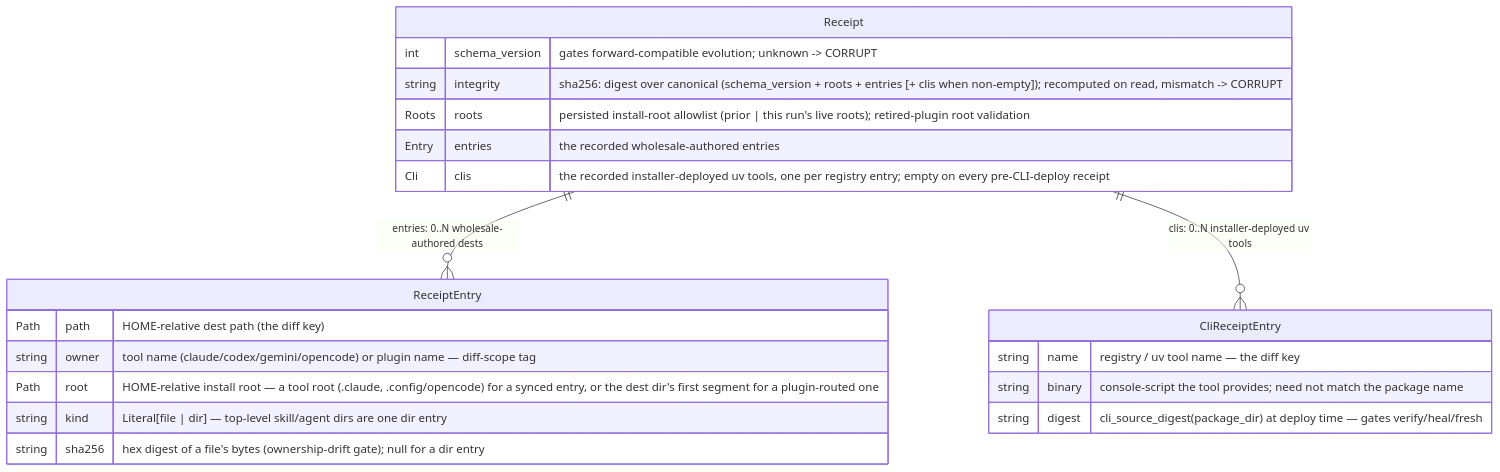
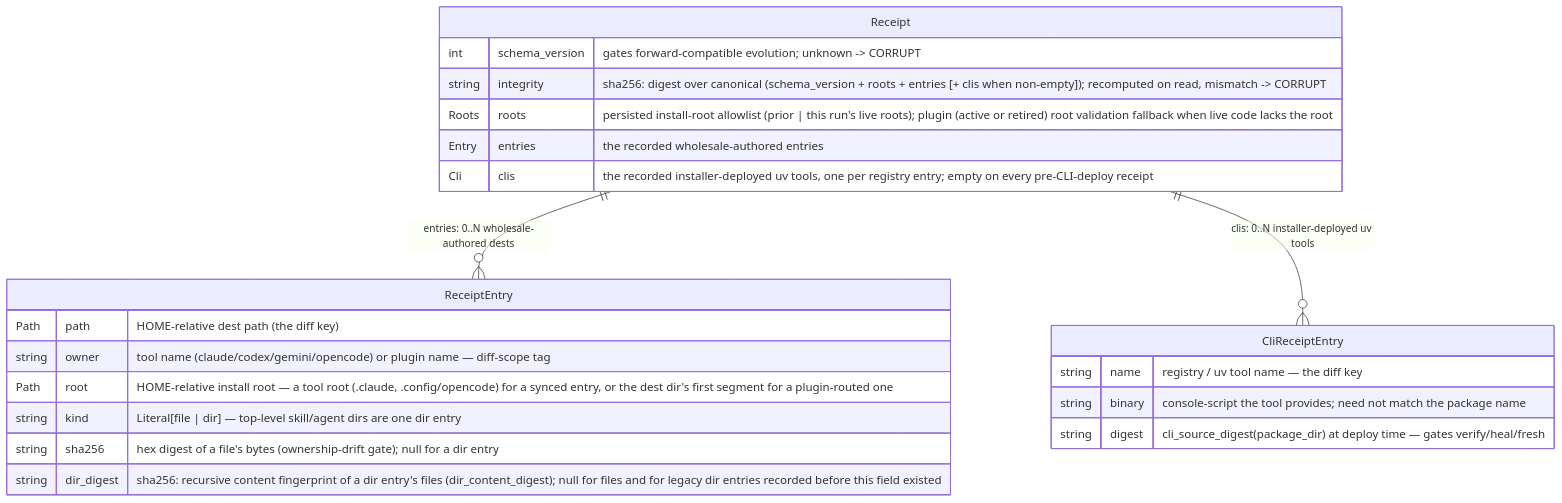
One commit to scotthamilton77/agents-config changed the second of 3 diagrams in docs/architecture/installer/data-view.md. Above: the diagram before and after it, drawn with Mermaid. The commit also changed other lines of this file and 5 other files, not shown here.

````diff
--- a/docs/architecture/installer/data-view.md
+++ b/docs/architecture/installer/data-view.md
@@ -154,27 +154,28 @@
 ```mermaid
 erDiagram
     Receipt ||--o{ ReceiptEntry : "entries: 0..N wholesale-authored dests"
     Receipt ||--o{ CliReceiptEntry : "clis: 0..N installer-deployed uv tools"
 
     Receipt {
         int    schema_version  "gates forward-compatible evolution; unknown -> CORRUPT"
         string integrity       "sha256: digest over canonical (schema_version + roots + entries [+ clis when non-empty]); recomputed on read, mismatch -> CORRUPT"
-        Roots  roots           "persisted install-root allowlist (prior | this run's live roots); retired-plugin root validation"
+        Roots  roots           "persisted install-root allowlist (prior | this run's live roots); plugin (active or retired) root validation fallback when live code lacks the root"
         Entry  entries         "the recorded wholesale-authored entries"
         Cli    clis            "the recorded installer-deployed uv tools, one per registry entry; empty on every pre-CLI-deploy receipt"
     }
 
     ReceiptEntry {
-        Path   path    "HOME-relative dest path (the diff key)"
-        string owner   "tool name (claude/codex/gemini/opencode) or plugin name — diff-scope tag"
-        Path   root    "HOME-relative install root — a tool root (.claude, .config/opencode) for a synced entry, or the dest dir's first segment for a plugin-routed one"
-        string kind    "Literal[file | dir] — top-level skill/agent dirs are one dir entry"
-        string sha256  "hex digest of a file's bytes (ownership-drift gate); null for a dir entry"
+        Path   path       "HOME-relative dest path (the diff key)"
+        string owner      "tool name (claude/codex/gemini/opencode) or plugin name — diff-scope tag"
+        Path   root       "HOME-relative install root — a tool root (.claude, .config/opencode) for a synced entry, or the dest dir's first segment for a plugin-routed one"
+        string kind       "Literal[file | dir] — top-level skill/agent dirs are one dir entry"
+        string sha256     "hex digest of a file's bytes (ownership-drift gate); null for a dir entry"
+        string dir_digest "sha256:<hex> recursive content fingerprint of a dir entry's files (dir_content_digest); null for files and for legacy dir entries recorded before this field existed"
     }
 
     CliReceiptEntry {
         string name    "registry / uv tool name — the diff key"
         string binary  "console-script the tool provides; need not match the package name"
         string digest  "cli_source_digest(package_dir) at deploy time — gates verify/heal/fresh"
     }
 ```
````
